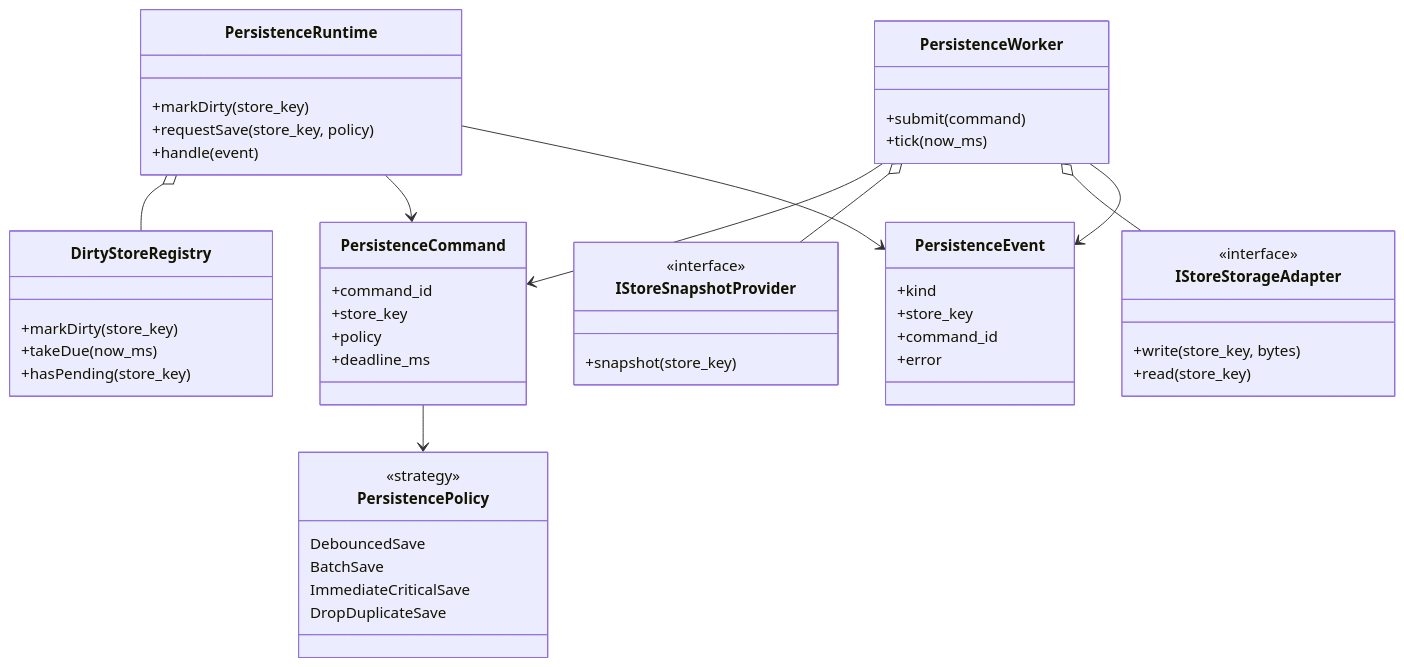
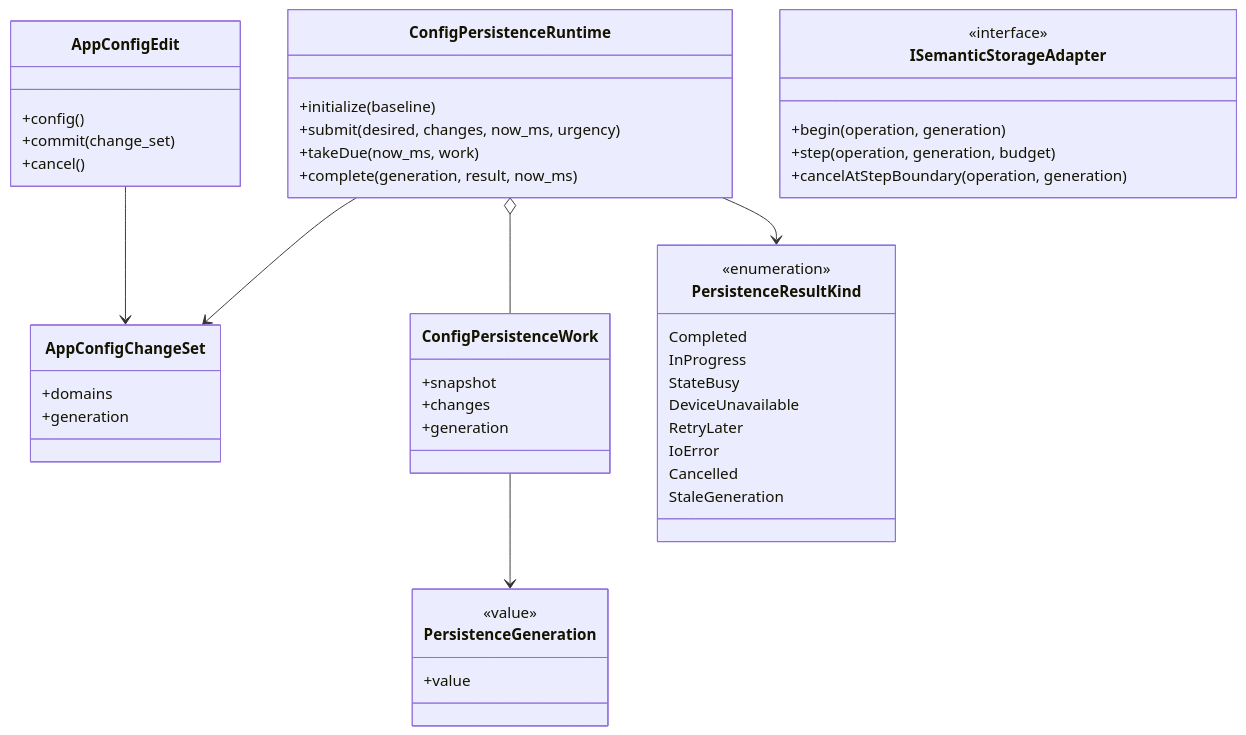
The eighth of 23 diagrams in docs/specification/UI_STORAGE_EVENT_RUNTIME_DESIGN_SPEC.md (manmuqingshan/trail-mate), drawn with Mermaid before and after one commit. The commit also changed other lines of this file and 77 other files, not shown here.

````diff
--- a/docs/specification/UI_STORAGE_EVENT_RUNTIME_DESIGN_SPEC.md
+++ b/docs/specification/UI_STORAGE_EVENT_RUNTIME_DESIGN_SPEC.md
@@ -771,61 +795,56 @@
 ```mermaid
 classDiagram
-  class PersistenceRuntime {
-    +markDirty(store_key)
-    +requestSave(store_key, policy)
-    +handle(event)
+  class ConfigPersistenceRuntime {
+    +initialize(baseline)
+    +submit(desired, changes, now_ms, urgency)
+    +takeDue(now_ms, work)
+    +complete(generation, result, now_ms)
   }
 
-  class PersistenceCommand {
-    +command_id
-    +store_key
-    +policy
-    +deadline_ms
+  class AppConfigEdit {
+    +config()
+    +commit(change_set)
+    +cancel()
   }
 
-  class PersistencePolicy {
-    <<strategy>>
-    DebouncedSave
-    BatchSave
-    ImmediateCriticalSave
-    DropDuplicateSave
+  class AppConfigChangeSet {
+    +domains
+    +generation
   }
 
-  class DirtyStoreRegistry {
-    +markDirty(store_key)
-    +takeDue(now_ms)
-    +hasPending(store_key)
+  class ConfigPersistenceWork {
+    +snapshot
+    +changes
+    +generation
   }
 
-  class PersistenceWorker {
-    +submit(command)
-    +tick(now_ms)
+  class PersistenceGeneration {
+    <<value>>
+    +value
   }
 
-  class IStoreSnapshotProvider {
-    <<interface>>
-    +snapshot(store_key)
+  class PersistenceResultKind {
+    <<enumeration>>
+    Completed
+    InProgress
+    StateBusy
+    DeviceUnavailable
+    RetryLater
+    IoError
+    Cancelled
+    StaleGeneration
   }
 
-  class IStoreStorageAdapter {
+  class ISemanticStorageAdapter {
     <<interface>>
-    +write(store_key, bytes)
-    +read(store_key)
+    +begin(operation, generation)
+    +step(operation, generation, budget)
+    +cancelAtStepBoundary(operation, generation)
   }
 
-  class PersistenceEvent {
-    +kind
-    +store_key
-    +command_id
-    +error
-  }
-
-  PersistenceRuntime o-- DirtyStoreRegistry
-  PersistenceRuntime --> PersistenceCommand
-  PersistenceCommand --> PersistencePolicy
-  PersistenceWorker --> PersistenceCommand
-  PersistenceWorker o-- IStoreSnapshotProvider
-  PersistenceWorker o-- IStoreStorageAdapter
-  PersistenceWorker --> PersistenceEvent
-  PersistenceRuntime --> PersistenceEvent
+  ConfigPersistenceRuntime o-- ConfigPersistenceWork
+  ConfigPersistenceRuntime --> AppConfigChangeSet
+  ConfigPersistenceWork --> PersistenceGeneration
+  ConfigPersistenceRuntime --> PersistenceResultKind
+  AppConfigEdit --> AppConfigChangeSet
 ```
````
